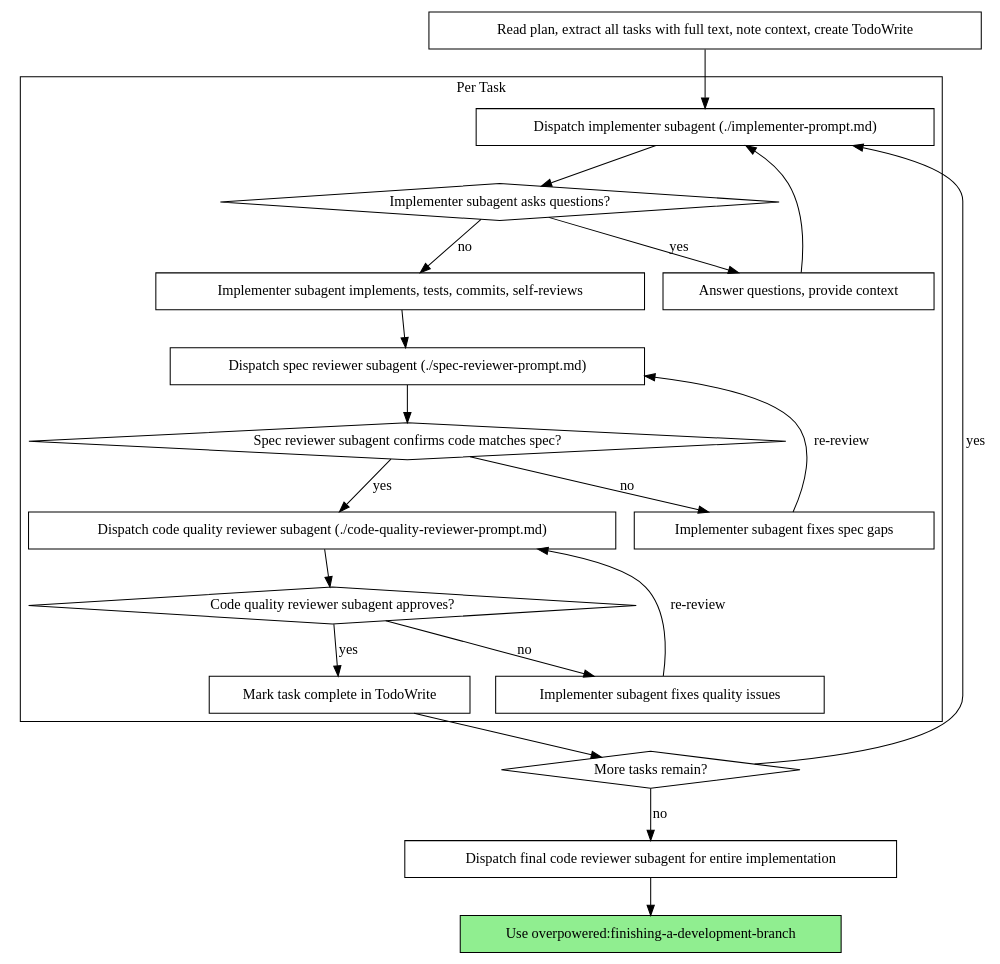
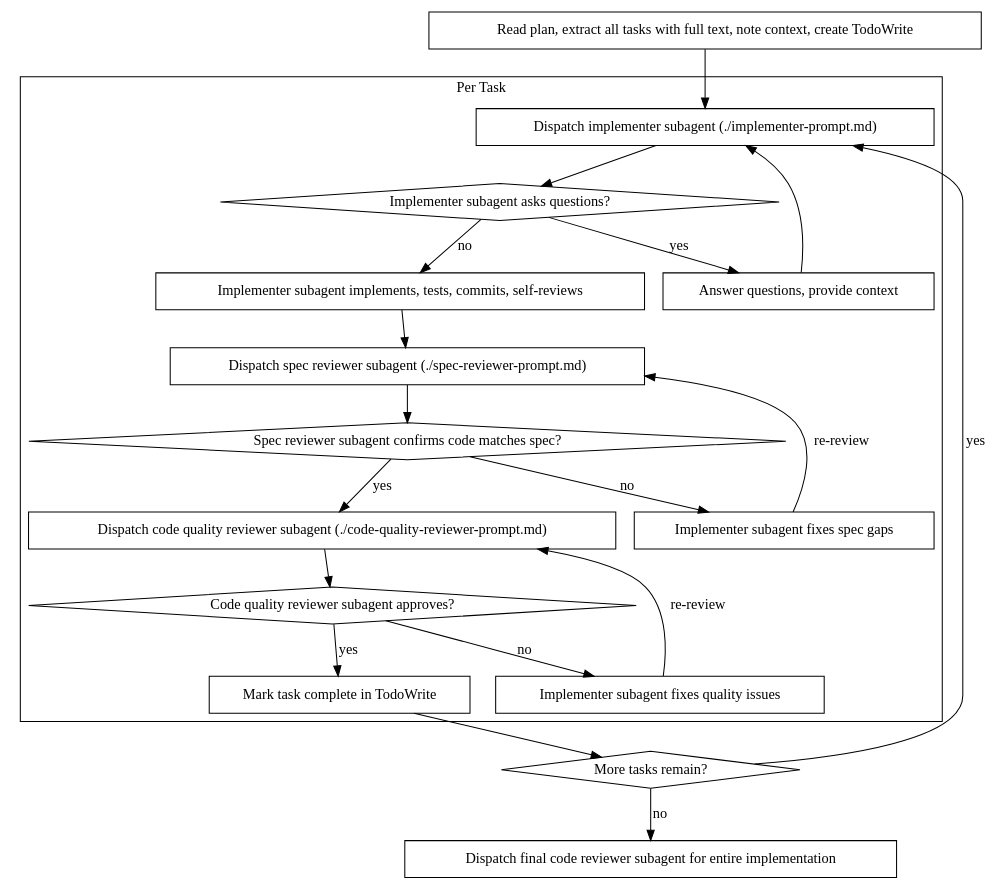
The second of 2 diagrams in plugins/overpowered/skills/subagent-driven-development/SKILL.md (winklerj/cc-plugins-marketplace), drawn with Graphviz before and after one commit. The commit also changed other lines of this file and 11 other files, not shown here.

````diff
--- a/plugins/overpowered/skills/subagent-driven-development/SKILL.md
+++ b/plugins/overpowered/skills/subagent-driven-development/SKILL.md
@@ -42,44 +40,42 @@
 ```dot
 digraph process {
     rankdir=TB;
 
     subgraph cluster_per_task {
         label="Per Task";
         "Dispatch implementer subagent (./implementer-prompt.md)" [shape=box];
         "Implementer subagent asks questions?" [shape=diamond];
         "Answer questions, provide context" [shape=box];
         "Implementer subagent implements, tests, commits, self-reviews" [shape=box];
         "Dispatch spec reviewer subagent (./spec-reviewer-prompt.md)" [shape=box];
         "Spec reviewer subagent confirms code matches spec?" [shape=diamond];
         "Implementer subagent fixes spec gaps" [shape=box];
         "Dispatch code quality reviewer subagent (./code-quality-reviewer-prompt.md)" [shape=box];
         "Code quality reviewer subagent approves?" [shape=diamond];
         "Implementer subagent fixes quality issues" [shape=box];
         "Mark task complete in TodoWrite" [shape=box];
     }
 
     "Read plan, extract all tasks with full text, note context, create TodoWrite" [shape=box];
     "More tasks remain?" [shape=diamond];
     "Dispatch final code reviewer subagent for entire implementation" [shape=box];
-    "Use overpowered:finishing-a-development-branch" [shape=box style=filled fillcolor=lightgreen];
 
     "Read plan, extract all tasks with full text, note context, create TodoWrite" -> "Dispatch implementer subagent (./implementer-prompt.md)";
     "Dispatch implementer subagent (./implementer-prompt.md)" -> "Implementer subagent asks questions?";
     "Implementer subagent asks questions?" -> "Answer questions, provide context" [label="yes"];
     "Answer questions, provide context" -> "Dispatch implementer subagent (./implementer-prompt.md)";
     "Implementer subagent asks questions?" -> "Implementer subagent implements, tests, commits, self-reviews" [label="no"];
     "Implementer subagent implements, tests, commits, self-reviews" -> "Dispatch spec reviewer subagent (./spec-reviewer-prompt.md)";
     "Dispatch spec reviewer subagent (./spec-reviewer-prompt.md)" -> "Spec reviewer subagent confirms code matches spec?";
     "Spec reviewer subagent confirms code matches spec?" -> "Implementer subagent fixes spec gaps" [label="no"];
     "Implementer subagent fixes spec gaps" -> "Dispatch spec reviewer subagent (./spec-reviewer-prompt.md)" [label="re-review"];
     "Spec reviewer subagent confirms code matches spec?" -> "Dispatch code quality reviewer subagent (./code-quality-reviewer-prompt.md)" [label="yes"];
     "Dispatch code quality reviewer subagent (./code-quality-reviewer-prompt.md)" -> "Code quality reviewer subagent approves?";
     "Code quality reviewer subagent approves?" -> "Implementer subagent fixes quality issues" [label="no"];
     "Implementer subagent fixes quality issues" -> "Dispatch code quality reviewer subagent (./code-quality-reviewer-prompt.md)" [label="re-review"];
     "Code quality reviewer subagent approves?" -> "Mark task complete in TodoWrite" [label="yes"];
     "Mark task complete in TodoWrite" -> "More tasks remain?";
     "More tasks remain?" -> "Dispatch implementer subagent (./implementer-prompt.md)" [label="yes"];
     "More tasks remain?" -> "Dispatch final code reviewer subagent for entire implementation" [label="no"];
-    "Dispatch final code reviewer subagent for entire implementation" -> "Use overpowered:finishing-a-development-branch";
 }
 ```
````
